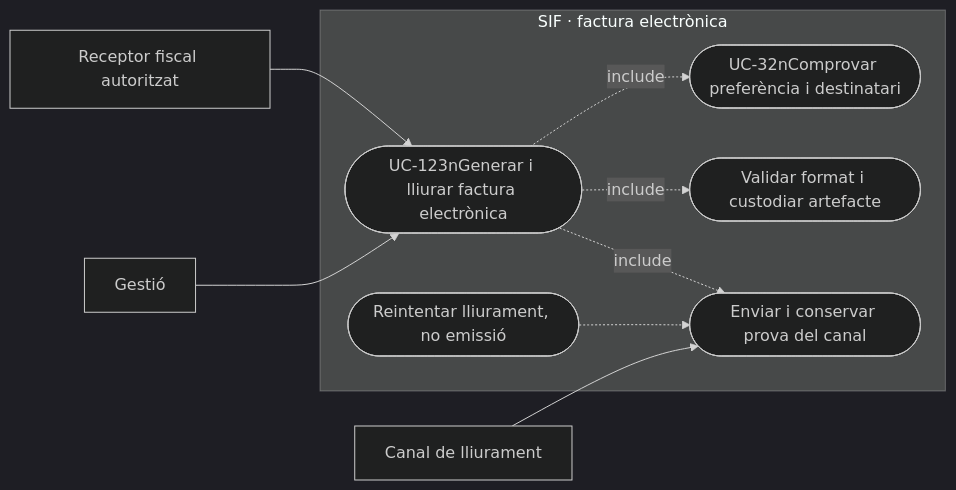
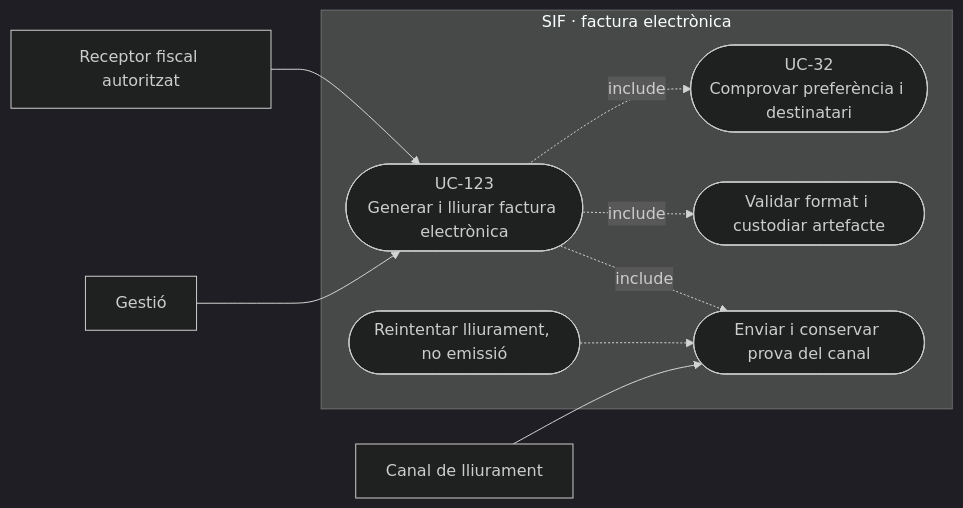
One commit to orgmeriemprismacat-del/verifactu changed the second of 4 diagrams in documentacio/07-uml-integrat/uc-123-lliurar-factura-electronica.md. Above: the diagram before and after it, drawn with Mermaid (dark theme).

Commit message:
docs(uml): corregir salts Mermaid UC-123

````diff
--- a/documentacio/07-uml-integrat/uc-123-lliurar-factura-electronica.md
+++ b/documentacio/07-uml-integrat/uc-123-lliurar-factura-electronica.md
@@ -91,20 +91,20 @@
 ```mermaid
 flowchart LR
   a_0["Receptor fiscal autoritzat"]
   a_1["Gestió"]
   a_2["Canal de lliurament"]
   subgraph SIF_BOUNDARY["SIF · factura electrònica"]
-    u_0(["UC-123nGenerar i lliurar factura electrònica"])
-    u_1(["UC-32nComprovar preferència i destinatari"])
+    u_0(["UC-123<br/>Generar i lliurar factura electrònica"])
+    u_1(["UC-32<br/>Comprovar preferència i destinatari"])
     u_2(["Validar format i custodiar artefacte"])
     u_3(["Enviar i conservar prova del canal"])
     u_4(["Reintentar lliurament, no emissió"])
   end
   a_0 --> u_0
   a_1 --> u_0
   a_2 --> u_3
   u_0 -.->|include| u_1
   u_0 -.->|include| u_2
   u_0 -.->|include| u_3
   u_4 -.-> u_3
 ```
````
